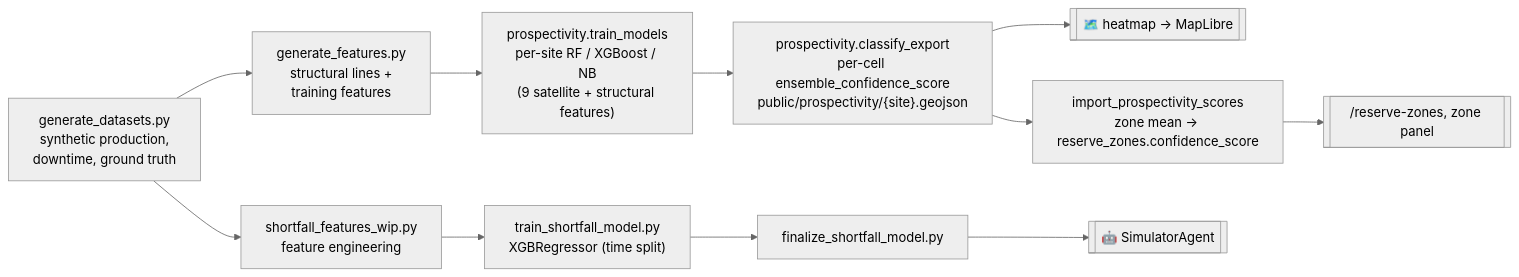
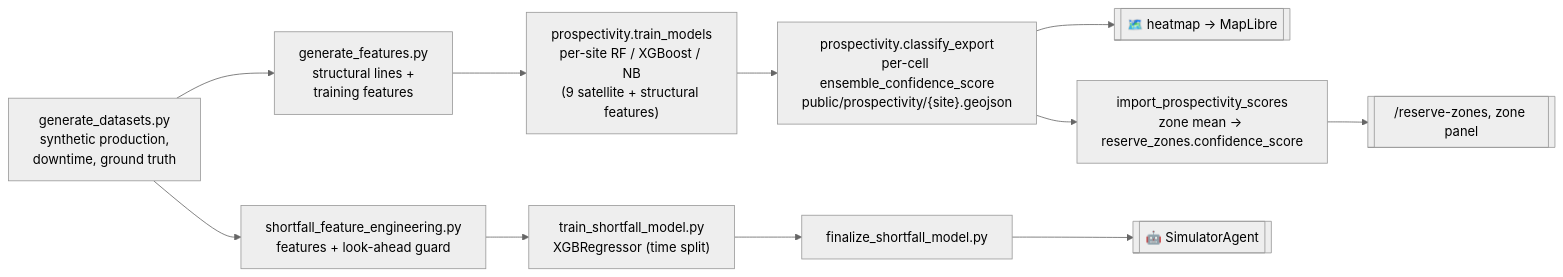
The fourth of 4 diagrams in README.md (Arnabh-M/moil-reserve-intelligence), drawn with Mermaid (neutral theme) before and after one commit. The commit also changed other lines of this file and 20 other files, not shown here.

````diff
--- a/README.md
+++ b/README.md
@@ -257,14 +257,14 @@
 ```mermaid
 flowchart LR
     GD["generate_datasets.py<br/>synthetic production,<br/>downtime, ground truth"] --> GF["generate_features.py<br/>structural lines +<br/>training features"]
     GF --> TR["prospectivity.train_models<br/>per-site RF / XGBoost / NB<br/>(9 satellite + structural features)"]
     TR --> EX["prospectivity.classify_export<br/>per-cell ensemble_confidence_score<br/>public/prospectivity/{site}.geojson"]
     EX --> MAP[["🗺️ heatmap → MapLibre"]]
     EX --> ZC["import_prospectivity_scores<br/>zone mean → reserve_zones.confidence_score"]
     ZC --> ZAPI[["/reserve-zones, zone panel"]]
 
-    GD --> SF["shortfall_features_wip.py<br/>feature engineering"]
+    GD --> SF["shortfall_feature_engineering.py<br/>features + look-ahead guard"]
     SF --> TS["train_shortfall_model.py<br/>XGBRegressor (time split)"]
     TS --> FS["finalize_shortfall_model.py"]
     FS --> SIM[["🤖 SimulatorAgent"]]
 ```
````
